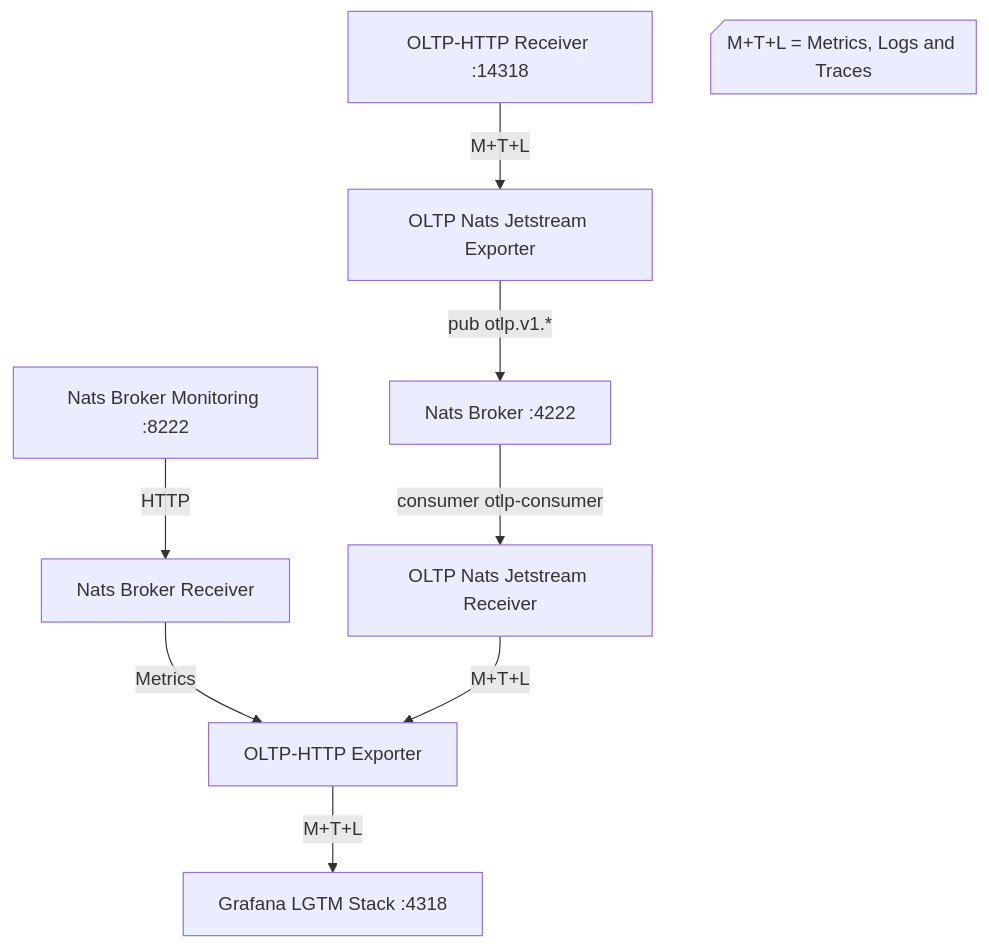
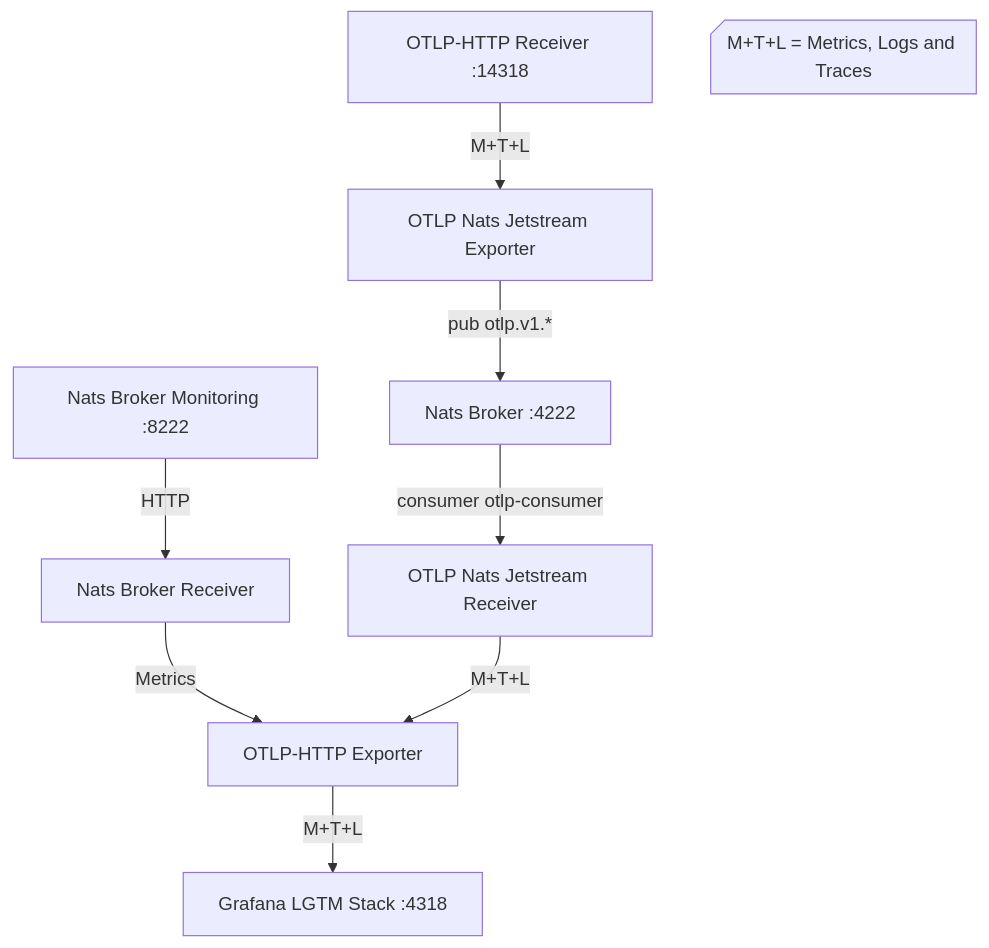
Before and after one commit to m3nowak/otelcol-nats: the diagram in demo/README.md, drawn with Mermaid.

Commit message:
docs: fix demo otlp labels
Agent-Logs-Url: https://github.com/m3nowak/otelcol-nats/sessions/d7db7723-01e6-472d-810d-fd0627605219

````diff
--- a/demo/README.md
+++ b/demo/README.md
@@ -15,23 +15,23 @@
 ```mermaid
 flowchart TD
-    R1[OLTP-HTTP Receiver :14318]
+    R1[OTLP-HTTP Receiver :14318]
     R2[Nats Broker Receiver]
-    R3[OLTP Nats Jetstream Receiver]
+    R3[OTLP Nats Jetstream Receiver]
     
-    E1[OLTP Nats Jetstream Exporter]
-    E2[OLTP-HTTP Exporter]
+    E1[OTLP Nats Jetstream Exporter]
+    E2[OTLP-HTTP Exporter]
     
     NBM[Nats Broker Monitoring :8222]
     NB[Nats Broker :4222]
     LGTM[Grafana LGTM Stack :4318]
 
     R1 --M+T+L--> E1
     E1 -- pub otlp.v1.*--> NB
     NB --consumer otlp-consumer--> R3
     NBM --HTTP--> R2
     R2 --Metrics--> E2
     R3 --M+T+L--> E2
     E2 --M+T+L--> LGTM
 
     A[M+T+L = Metrics, Logs and Traces]@{ shape: card }
 ```
````
